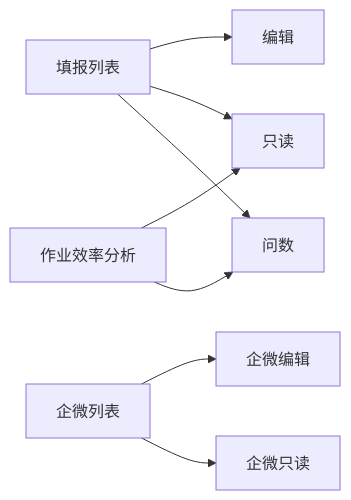
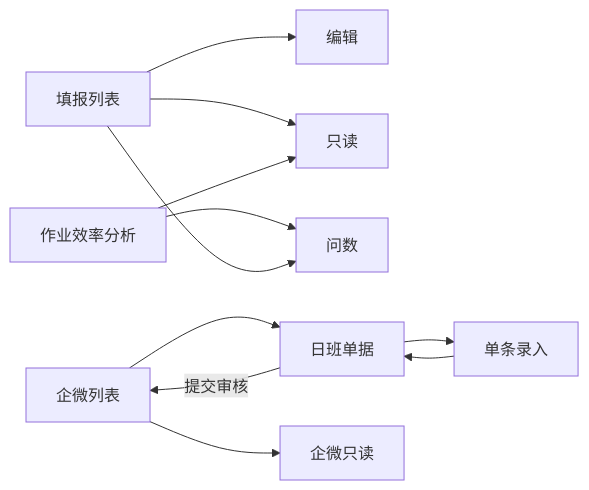
The sixth of 6 diagrams in docs/versions/v1.0.0/prd.md (liaoliao66/TOS), drawn with Mermaid before and after one commit. The commit also changed other lines of this file and 11 other files, not shown here.

````diff
--- a/docs/versions/v1.0.0/prd.md
+++ b/docs/versions/v1.0.0/prd.md
@@ -412,10 +442,13 @@
 ```mermaid
 flowchart LR
     L[填报列表] --> E[编辑]
     L --> V[只读]
     EF[作业效率分析] --> V
     EF --> A[问数]
     L --> A
-    WXL[企微列表] --> WXE[企微编辑]
+    WXL[企微列表] --> WXD[日班单据]
+    WXD --> WXLN[单条录入]
+    WXLN --> WXD
+    WXD -->|提交审核| WXL
     WXL --> WXV[企微只读]
 ```
````
